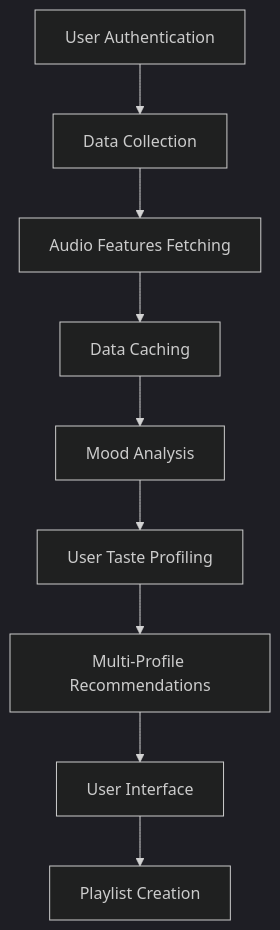
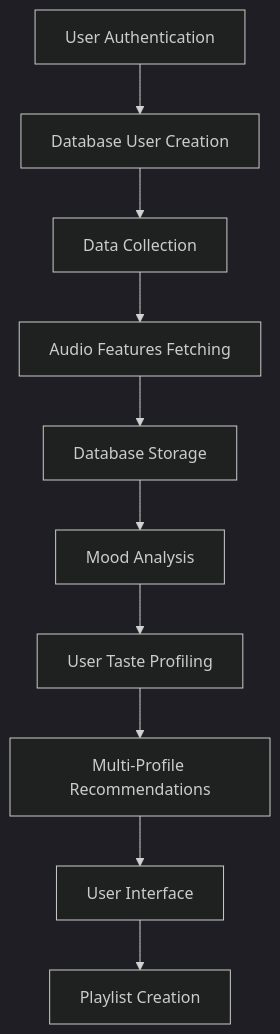
The diagram in README.md (AnirudhE23/AnirudhE23-VibeGenie-music-dicovery), drawn with Mermaid (dark theme) before and after one commit. The commit also changed other lines of this file, not shown here.

````diff
--- a/README.md
+++ b/README.md
@@ -342,11 +296,12 @@
 ```mermaid
 graph TD
-    A[User Authentication] --> B[Data Collection]
-    B --> C[Audio Features Fetching]
-    C --> D[Data Caching]
-    D --> E[Mood Analysis]
-    E --> F[User Taste Profiling]
-    F --> G[Multi-Profile Recommendations]
-    G --> H[User Interface]
-    H --> I[Playlist Creation]
+    A[User Authentication] --> B[Database User Creation]
+    B --> C[Data Collection]
+    C --> D[Audio Features Fetching]
+    D --> E[Database Storage]
+    E --> F[Mood Analysis]
+    F --> G[User Taste Profiling]
+    G --> H[Multi-Profile Recommendations]
+    H --> I[User Interface]
+    I --> J[Playlist Creation]
 ```
````
